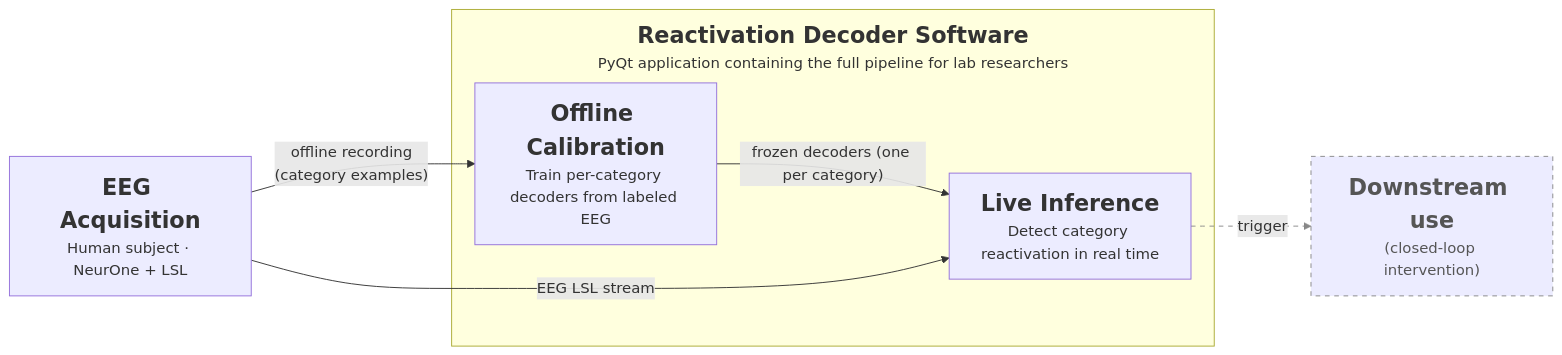
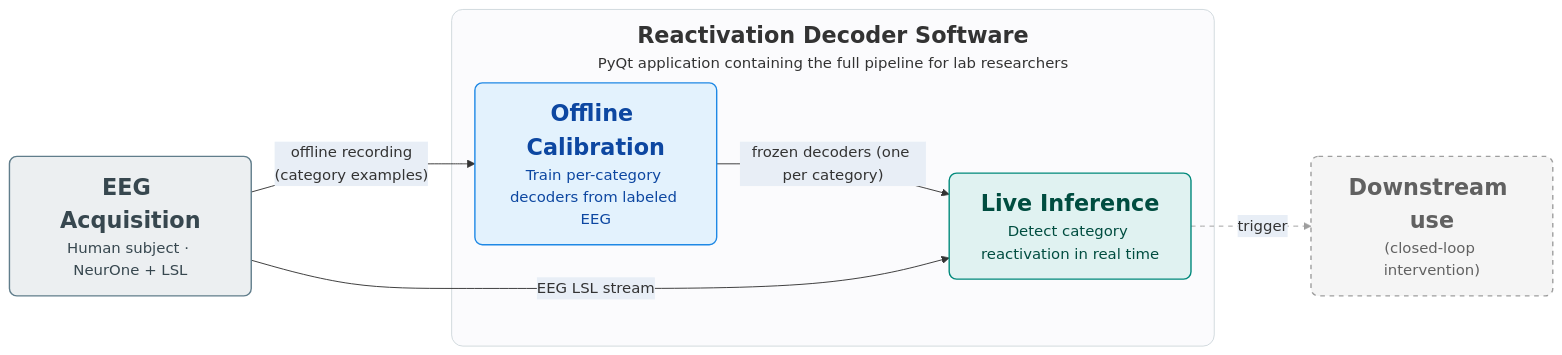
One commit to roiguri/live-reactivation-decoder changed the first of 5 diagrams in docs/diagrams/Project Diagrams Blueprints.md. Above: the diagram before and after it, drawn with Mermaid. The commit also changed other lines of this file and 5 other files, not shown here.

First line of the commit message:
docs(diagrams): recolor figures with semantic palette + rounded corners

````diff
--- a/docs/diagrams/Project Diagrams Blueprints.md
+++ b/docs/diagrams/Project Diagrams Blueprints.md
@@ -40,28 +40,35 @@
 ```mermaid
-%%{init: {"flowchart": {"subGraphTitleMargin": {"top": 10, "bottom": 34}}}}%%
+%%{init: {"themeVariables": {"edgeLabelBackground": "#E8EEF6"}, "flowchart": {"subGraphTitleMargin": {"top": 10, "bottom": 34}}}}%%
 flowchart LR
     %% ---------- Left: single acquisition block ----------
     Acq["<span style='font-size:24px'><b>EEG Acquisition</b></span><br><span style='font-size:16px'>Human subject · NeurOne + LSL</span>"]
 
     %% ---------- Center: software container ----------
     %% NOTE: no `direction TB` here — inheriting the parent LR direction is what
     %% lets the external arrows attach to the inner boxes instead of the border.
     subgraph Software["<center><span style='font-size:24px'><b>Reactivation Decoder Software</b></span><br><span style='font-size:16px'>PyQt application containing the full pipeline for lab researchers</span></center>"]
         Off["<span style='font-size:24px'><b>Offline Calibration</b></span><br><span style='font-size:16px'>Train per-category decoders from labeled EEG</span>"]
         On["<span style='font-size:24px'><b>Live Inference</b></span><br><span style='font-size:16px'>Detect category reactivation in real time</span>"]
         Off -->|"frozen decoders (one per category)"| On
     end
 
     %% ---------- Right: trigger output ----------
     Use["<span style='font-size:24px'><b>Downstream use</b></span><br><span style='font-size:16px'>(closed-loop intervention)</span>"]
 
     %% ---------- Flows ----------
     Acq -->|"offline recording<br>(category examples)"| Off
     Acq -->|EEG LSL stream| On
     On -->|trigger| Use
 
-    %% ---------- Styling: dashed = future / not yet deployed ----------
-    classDef future stroke:#888,stroke-dasharray: 5 5,color:#555;
+    %% ---------- Styling: semantic palette + rounded corners; dashed = future ----------
+    classDef offline fill:#E3F2FD,stroke:#1E88E5,stroke-width:1.5px,color:#0D47A1,rx:8,ry:8;
+    classDef online fill:#E0F2F1,stroke:#00897B,stroke-width:1.5px,color:#004D40,rx:8,ry:8;
+    classDef source fill:#ECEFF1,stroke:#607D8B,stroke-width:1.5px,color:#37474F,rx:8,ry:8;
+    classDef future fill:#F5F5F5,stroke:#9E9E9E,stroke-width:1.5px,stroke-dasharray: 5 5,color:#616161,rx:8,ry:8;
+    class Acq source;
+    class Off offline;
+    class On online;
     class Use future;
-    linkStyle 3 stroke:#888,stroke-dasharray: 5 5;
+    style Software fill:#FBFBFD,stroke:#CFD8DC,rx:12,ry:12;
+    linkStyle 3 stroke:#9E9E9E,stroke-dasharray: 5 5;
 ```
````
